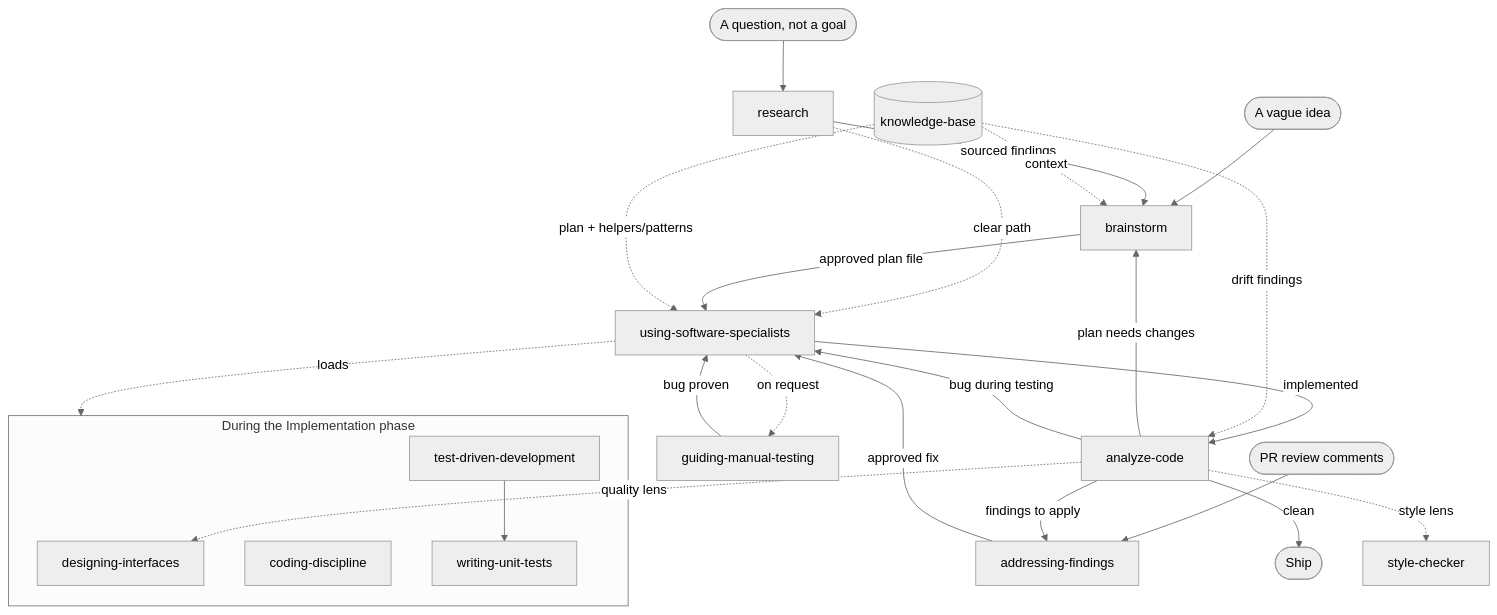
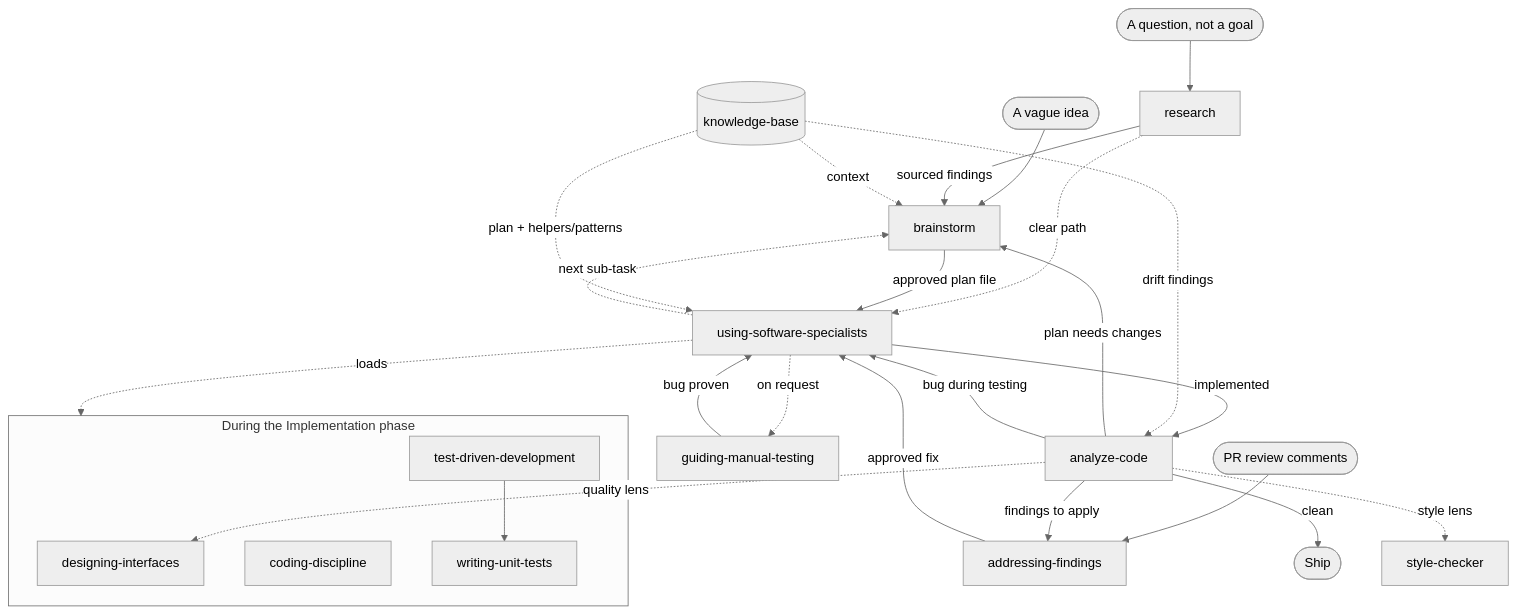
Before and after one commit to jjmrocha/coding-skills: the diagram in README.md, drawn with Mermaid (neutral theme). The commit also changed other lines of this file and 2 other files, not shown here.

Commit message:
Enhance documentation for brainstorm skill: clarify feature planning and sub-task handling

````diff
--- a/README.md
+++ b/README.md
@@ -134,35 +138,36 @@
 ```mermaid
 flowchart TD
     Q([A question, not a goal]) --> RS[research]
     Idea([A vague idea]) --> BS[brainstorm]
     PR([PR review comments]) --> AF[addressing-findings]
 
     RS -->|sourced findings| BS
     RS -.->|clear path| USS
 
     BS -->|approved plan file| USS[using-software-specialists]
+    USS -.->|next sub-task| BS
     USS -->|implemented| AC[analyze-code]
 
     AC -->|findings to apply| AF
     AF -->|approved fix| USS
     AC -->|plan needs changes| BS
     AC -->|bug during testing| USS
     AC -->|clean| Ship([Ship])
 
     USS -.->|on request| GT[guiding-manual-testing]
     GT -->|bug proven| USS
 
     subgraph during [During the Implementation phase]
         DI[designing-interfaces]
         CD[coding-discipline]
         TDD[test-driven-development] --> WUT[writing-unit-tests]
     end
     USS -.loads.-> during
 
     KB[(knowledge-base)] -.->|context| BS
     KB -.->|plan + helpers/patterns| USS
     KB -.->|drift findings| AC
 
     AC -.->|style lens| SC[style-checker]
     AC -.->|quality lens| DI
 ```
````
